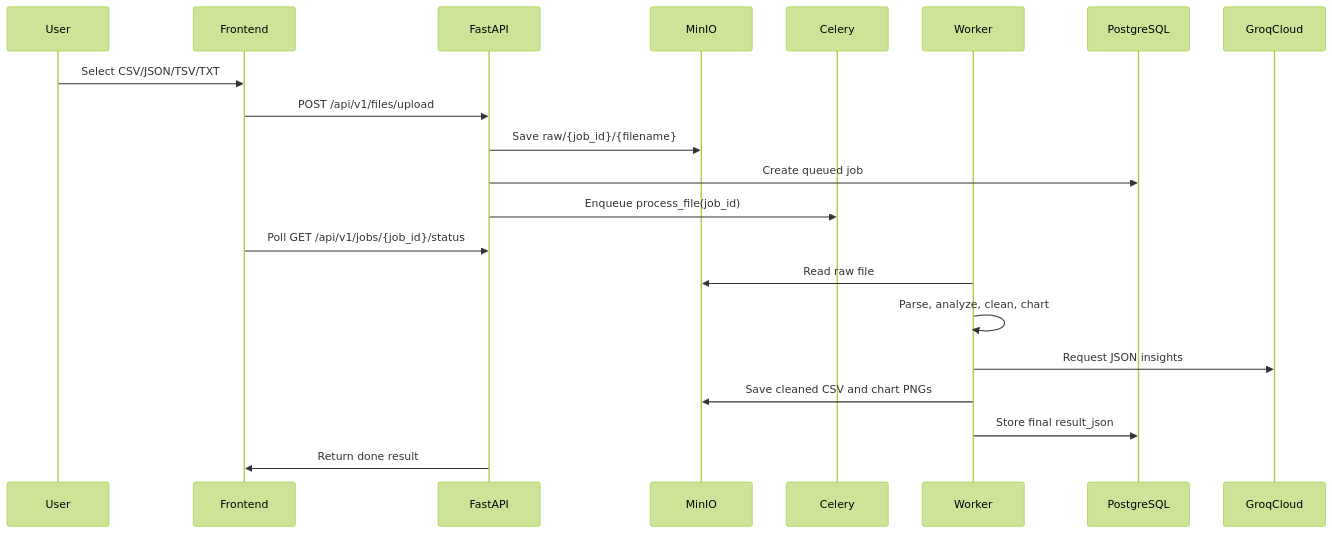
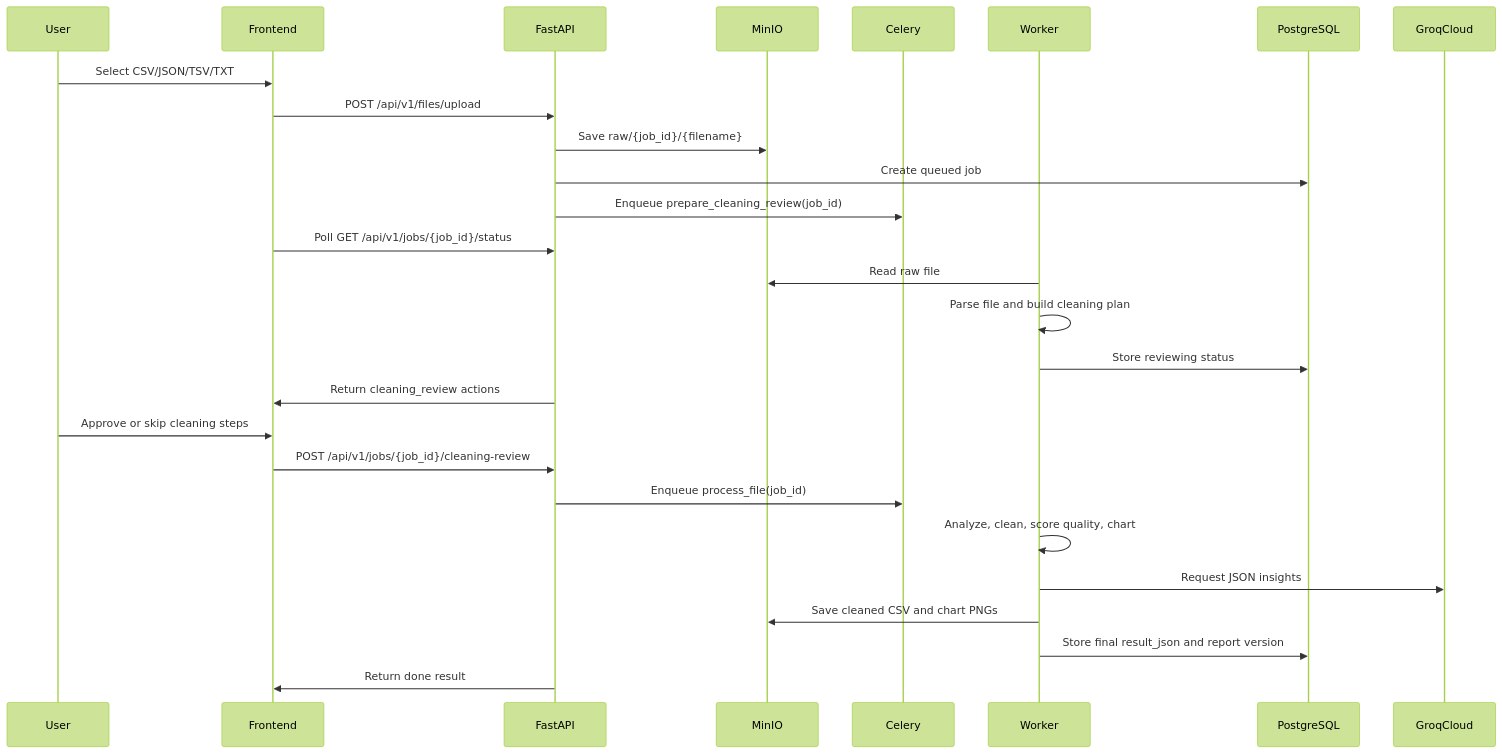
Before and after one commit to Aditya10507/Data-Analysis-engine-: the second of 4 diagrams in README.md, drawn with Mermaid (forest theme). The commit also changed other lines of this file and 69 other files, not shown here.

````diff
--- a/README.md
+++ b/README.md
@@ -37,23 +49,29 @@
 ```mermaid
 sequenceDiagram
   participant U as User
   participant F as Frontend
   participant A as FastAPI
   participant M as MinIO
   participant Q as Celery
   participant W as Worker
   participant D as PostgreSQL
   participant G as GroqCloud
   U->>F: Select CSV/JSON/TSV/TXT
   F->>A: POST /api/v1/files/upload
   A->>M: Save raw/{job_id}/{filename}
   A->>D: Create queued job
-  A->>Q: Enqueue process_file(job_id)
+  A->>Q: Enqueue prepare_cleaning_review(job_id)
   F->>A: Poll GET /api/v1/jobs/{job_id}/status
   W->>M: Read raw file
-  W->>W: Parse, analyze, clean, chart
+  W->>W: Parse file and build cleaning plan
+  W->>D: Store reviewing status
+  A->>F: Return cleaning_review actions
+  U->>F: Approve or skip cleaning steps
+  F->>A: POST /api/v1/jobs/{job_id}/cleaning-review
+  A->>Q: Enqueue process_file(job_id)
+  W->>W: Analyze, clean, score quality, chart
   W->>G: Request JSON insights
   W->>M: Save cleaned CSV and chart PNGs
-  W->>D: Store final result_json
+  W->>D: Store final result_json and report version
   A->>F: Return done result
 ```
````
